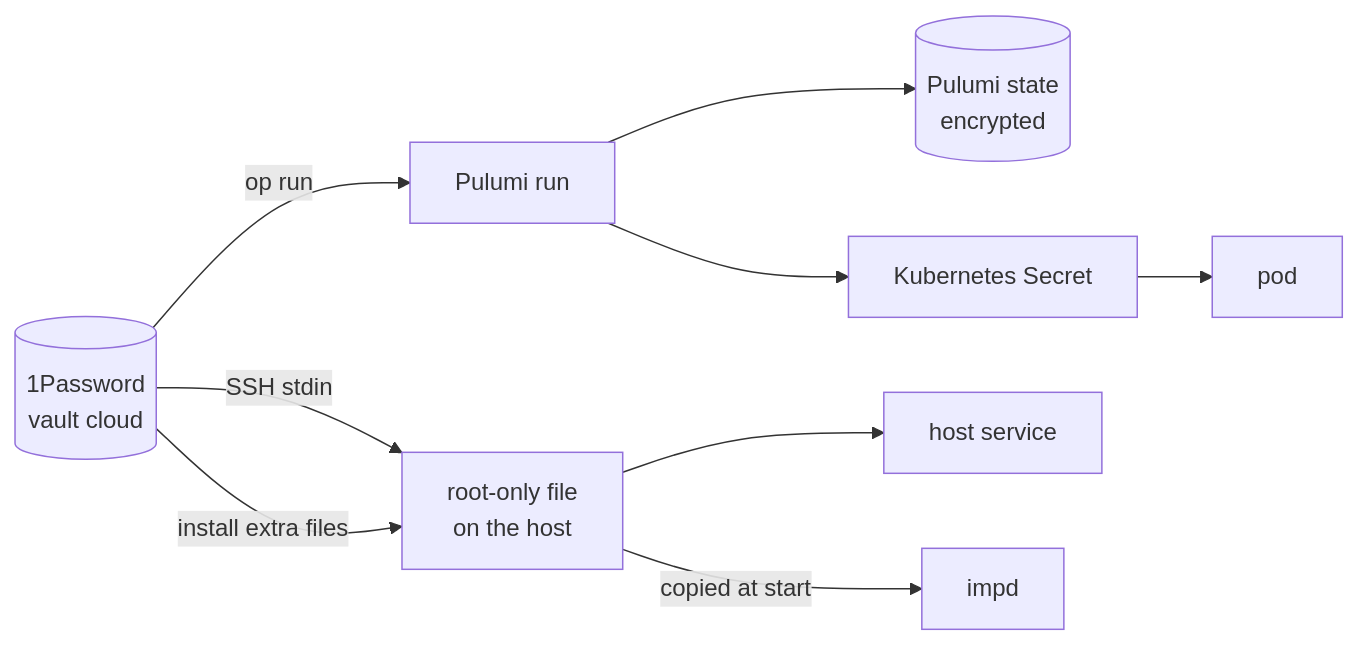
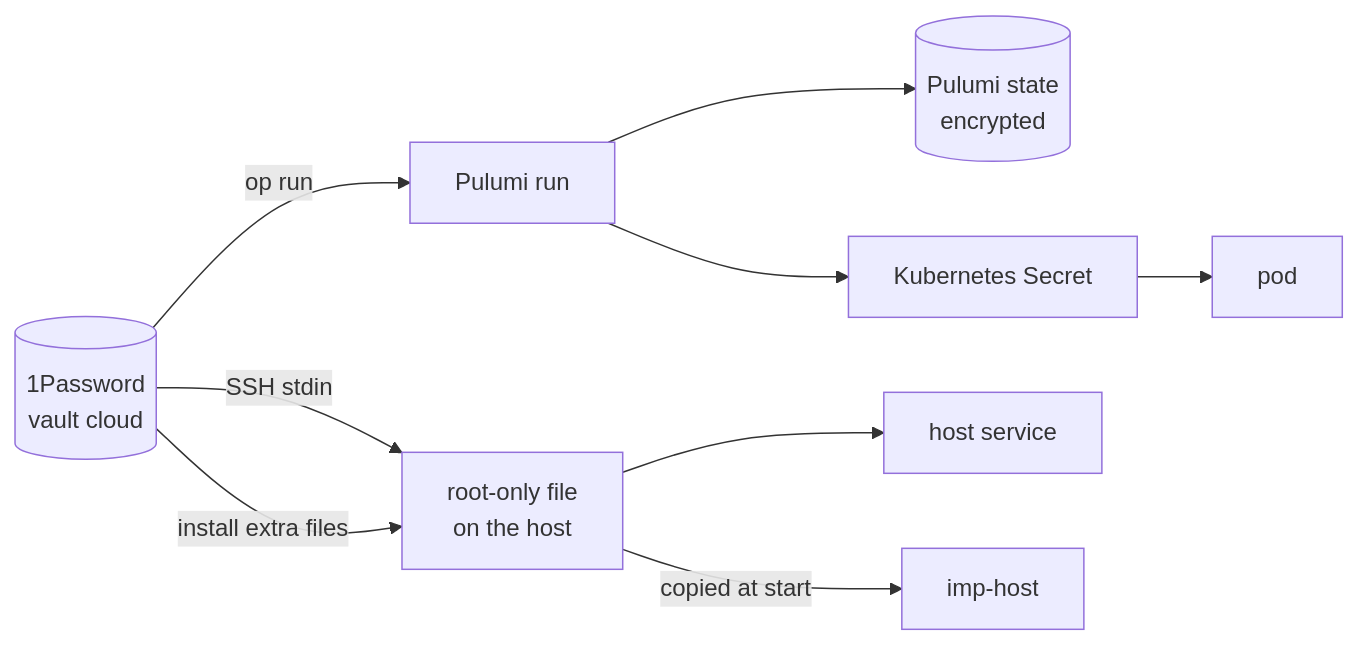
Before and after one commit to zgeoff/cloud: the diagram in docs/architecture/secrets.md, drawn with Mermaid. The commit also changed other lines of this file and 8 other files, not shown here.

````diff
--- a/docs/architecture/secrets.md
+++ b/docs/architecture/secrets.md
@@ -12,10 +12,10 @@
 ```mermaid
 flowchart LR
   V[("1Password<br>vault cloud")] -->|"op run"| P["Pulumi run"]
   P --> ST[("Pulumi state<br>encrypted")]
   P --> KS["Kubernetes Secret"] --> POD["pod"]
   V -->|"SSH stdin"| HF["root-only file<br>on the host"]
   V -->|"install extra files"| HF
   HF --> SVC["host service"]
-  HF -->|"copied at start"| IMPD["impd"]
+  HF -->|"copied at start"| IMPD["imp-host"]
 ```
````
